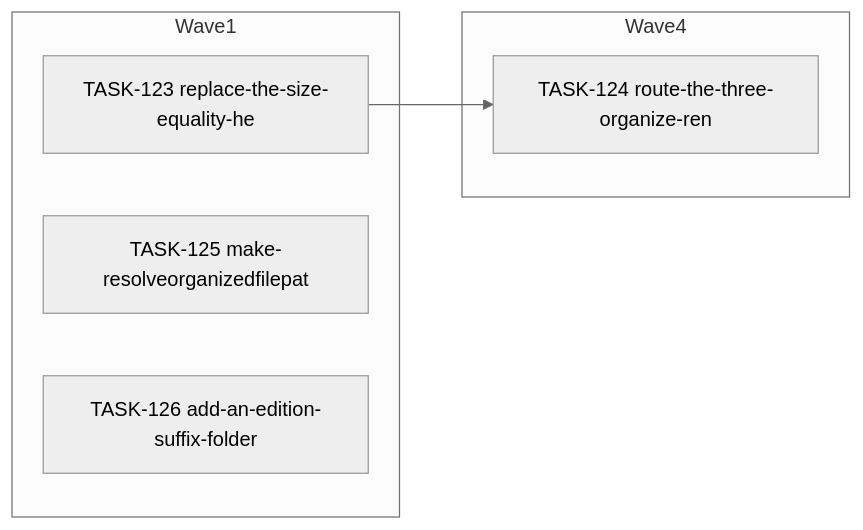
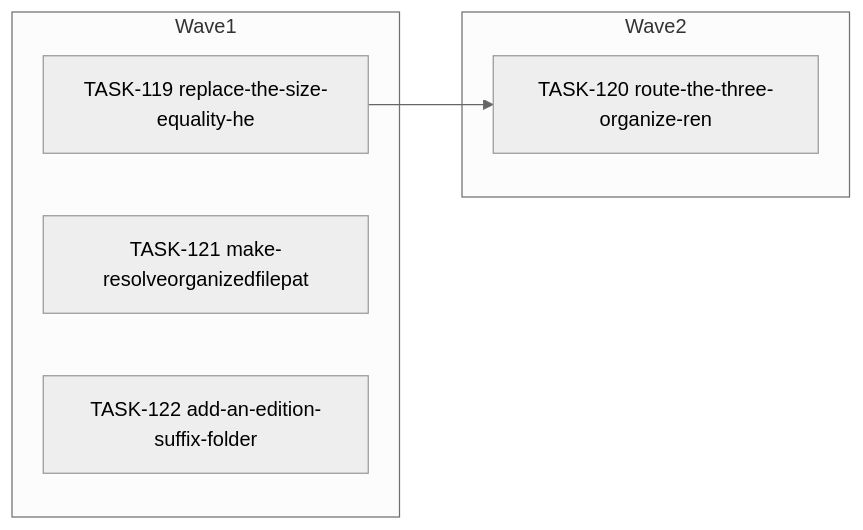
The diagram in docs/agent-tasks/todo-completion/organize/orchestration.md (falkcorp/audiobook-organizer), drawn with Mermaid (neutral theme) before and after one commit. The commit also changed other lines of this file and 406 other files, not shown here.

````diff
--- a/docs/agent-tasks/todo-completion/organize/orchestration.md
+++ b/docs/agent-tasks/todo-completion/organize/orchestration.md
@@ -12,12 +12,12 @@
 ```mermaid
 flowchart LR
     subgraph Wave1
-      TASK123[TASK-123 replace-the-size-equality-he]
-      TASK125[TASK-125 make-resolveorganizedfilepat]
-      TASK126[TASK-126 add-an-edition-suffix-folder]
+      TASK119[TASK-119 replace-the-size-equality-he]
+      TASK121[TASK-121 make-resolveorganizedfilepat]
+      TASK122[TASK-122 add-an-edition-suffix-folder]
     end
-    subgraph Wave4
-      TASK124[TASK-124 route-the-three-organize-ren]
+    subgraph Wave2
+      TASK120[TASK-120 route-the-three-organize-ren]
     end
-    TASK123 --> TASK124
+    TASK119 --> TASK120
 ```
````
